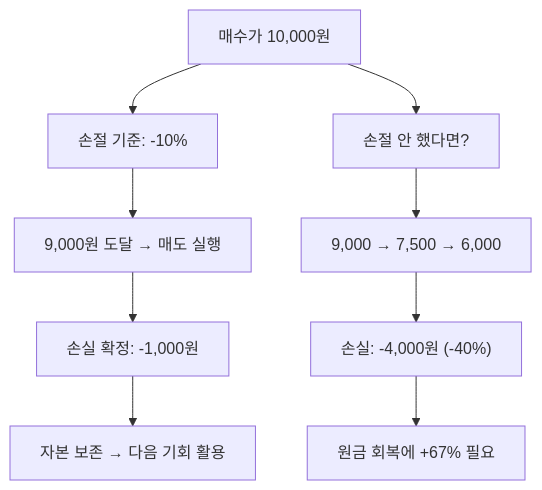
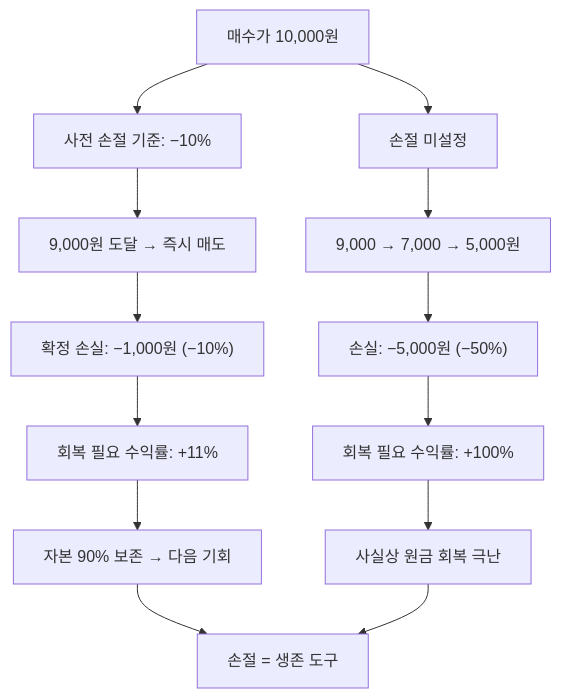
The diagram in content/stock-terms/ko/level-10-company-analysis/stop-loss.md (yeongseon/stock-visual-note), drawn with Mermaid before and after one commit. The commit also changed other lines of this file and 9 other files, not shown here.

Commit message:
content: rewrite level-10 (10 articles) — richer diagrams, realistic scenarios, blog tone

````diff
--- a/content/stock-terms/ko/level-10-company-analysis/stop-loss.md
+++ b/content/stock-terms/ko/level-10-company-analysis/stop-loss.md
@@ -42,12 +43,16 @@
 ```mermaid
 graph TD
     A["매수가 10,000원"]
-    A --> B["손절 기준: -10%"]
-    B --> C["9,000원 도달 → 매도 실행"]
-    C --> D["손실 확정: -1,000원"]
-    A --> E["손절 안 했다면?"]
-    E --> F["9,000 → 7,500 → 6,000"]
-    F --> G["손실: -4,000원 (-40%)"]
-    G --> H["원금 회복에 +67% 필요"]
-    D --> I["자본 보존 → 다음 기회 활용"]
+    A --> B["사전 손절 기준: −10%"]
+    A --> C["손절 미설정"]
+    B --> D["9,000원 도달 → 즉시 매도"]
+    D --> E["확정 손실: −1,000원 (−10%)"]
+    E --> F["회복 필요 수익률: +11%"]
+    F --> G["자본 90% 보존 → 다음 기회"]
+    C --> H["9,000 → 7,000 → 5,000원"]
+    H --> I["손실: −5,000원 (−50%)"]
+    I --> J["회복 필요 수익률: +100%"]
+    J --> K["사실상 원금 회복 극난"]
+    G --> L["손절 = 생존 도구"]
+    K --> L
 ```
````
